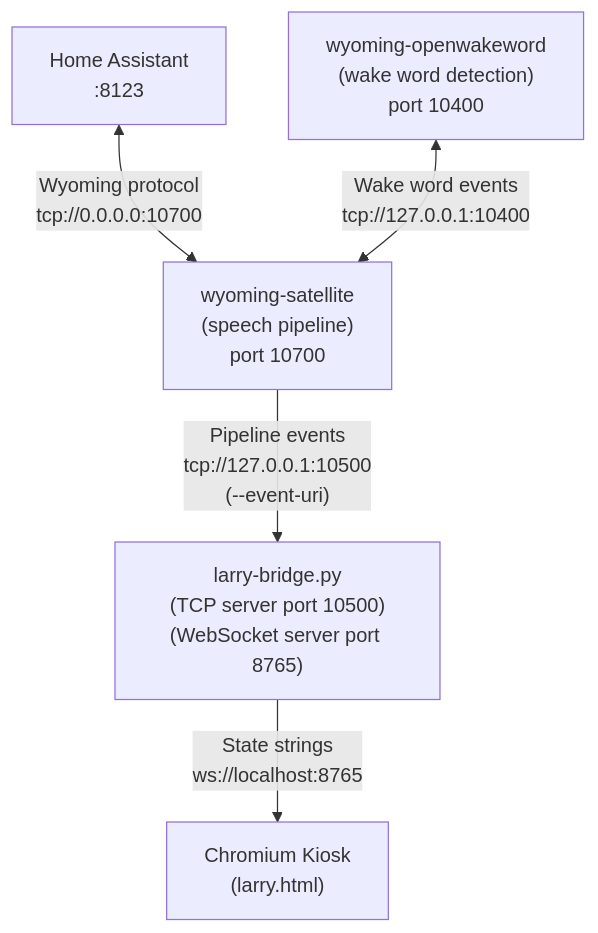
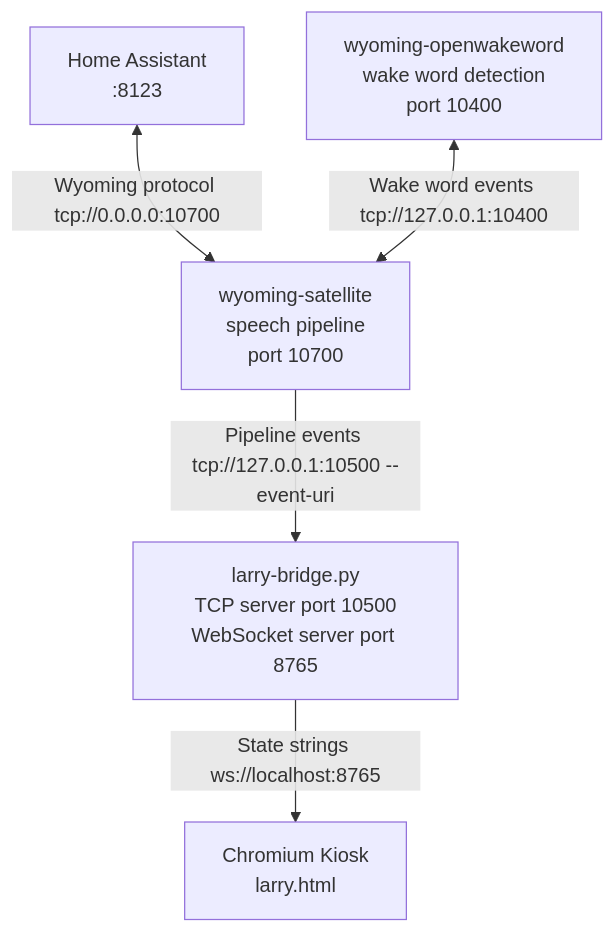
Before and after one commit to SolarSpore/LARRY---kiosk-robot: the first of 2 diagrams in README.md, drawn with Mermaid.

````diff
--- a/README.md
+++ b/README.md
@@ -31,13 +31,13 @@
 ```mermaid
 graph TD
-    HA["Home Assistant\n<HA_IP>:8123"]
-    WY["wyoming-satellite\n(speech pipeline)\nport 10700"]
-    OW["wyoming-openwakeword\n(wake word detection)\nport 10400"]
-    LB["larry-bridge.py\n(TCP server port 10500)\n(WebSocket server port 8765)"]
-    CR["Chromium Kiosk\n(larry.html)"]
+    HA["Home Assistant<br/><HA_IP>:8123"]
+    WY["wyoming-satellite<br/>speech pipeline<br/>port 10700"]
+    OW["wyoming-openwakeword<br/>wake word detection<br/>port 10400"]
+    LB["larry-bridge.py<br/>TCP server port 10500<br/>WebSocket server port 8765"]
+    CR["Chromium Kiosk<br/>larry.html"]
 
-    HA <-->|"Wyoming protocol\ntcp://0.0.0.0:10700"| WY
-    OW <-->|"Wake word events\ntcp://127.0.0.1:10400"| WY
-    WY -->|"Pipeline events\ntcp://127.0.0.1:10500\n(--event-uri)"| LB
-    LB -->|"State strings\nws://localhost:8765"| CR
+    HA <-->|"Wyoming protocol tcp://0.0.0.0:10700"| WY
+    OW <-->|"Wake word events tcp://127.0.0.1:10400"| WY
+    WY -->|"Pipeline events tcp://127.0.0.1:10500 --event-uri"| LB
+    LB -->|"State strings ws://localhost:8765"| CR
 ```
````
